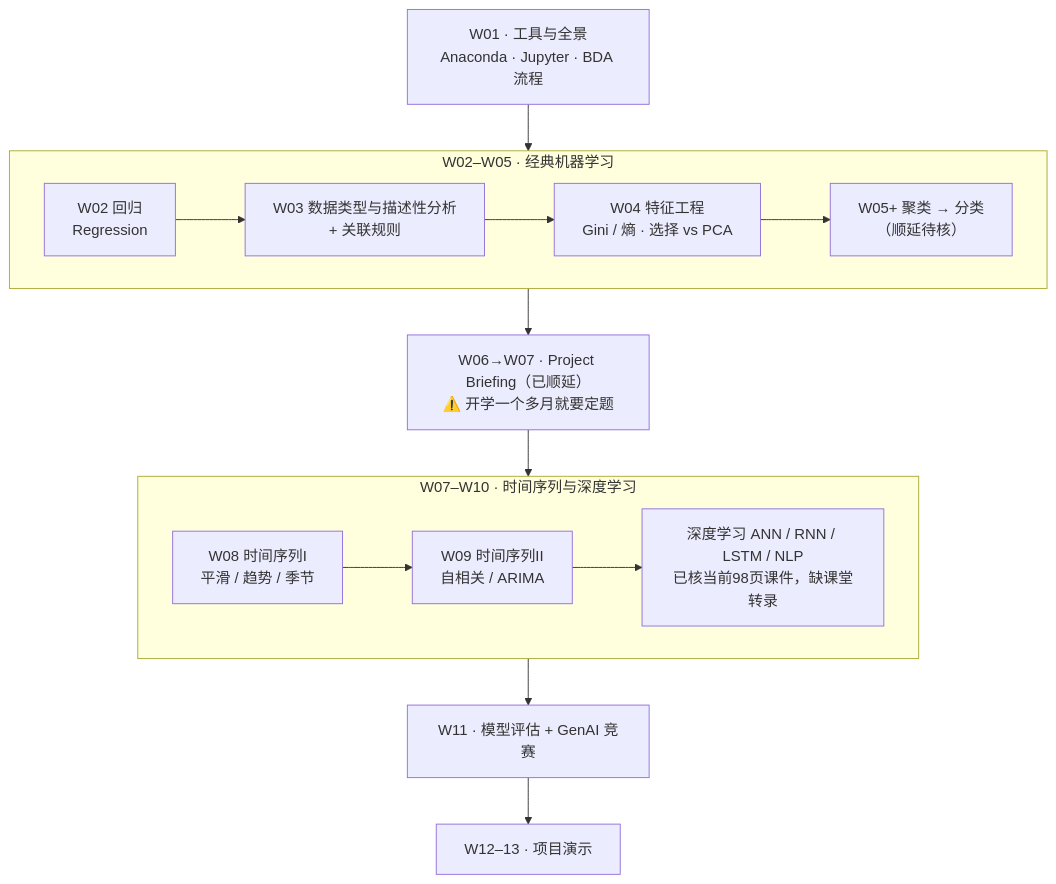
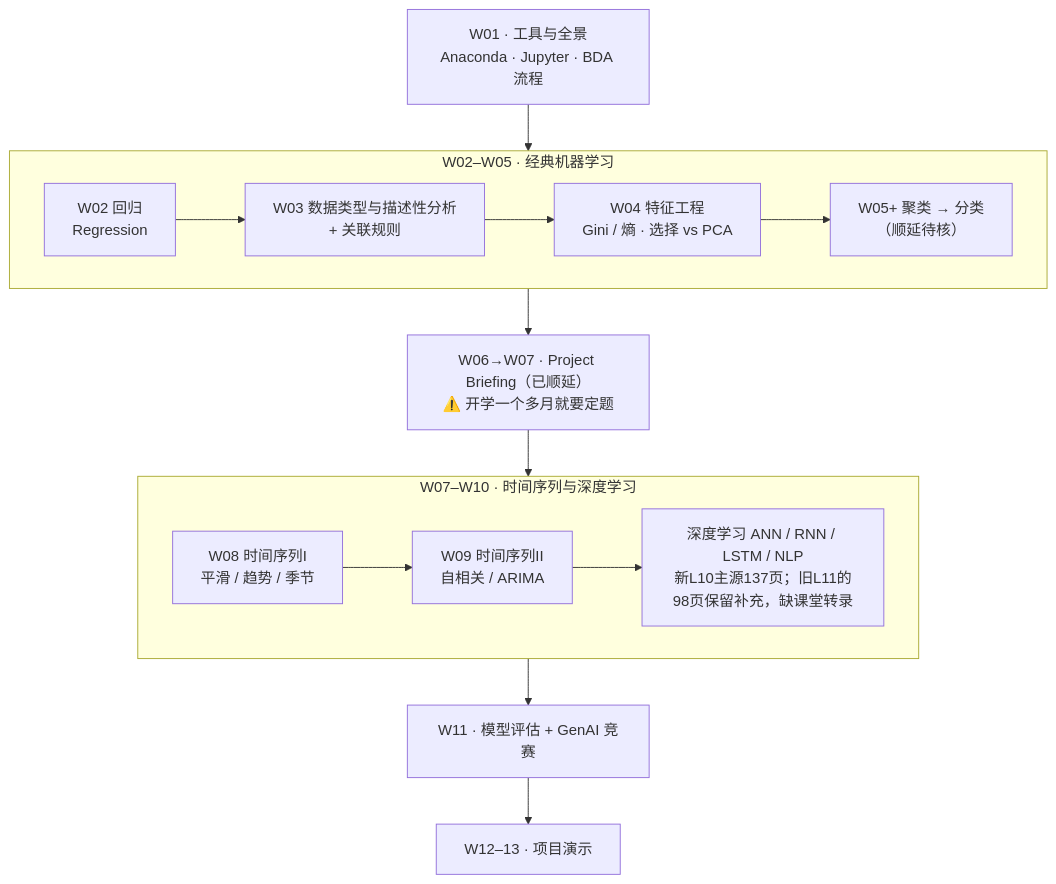
One commit to CercaTrovato/cityu-ai-course-notes changed the second of 3 diagrams in IS6400_Business_Data_Analytics/00-课程总览.md. Above: the diagram before and after it, drawn with Mermaid. The commit also changed other lines of this file and 279 other files, not shown here.

````diff
--- a/IS6400_Business_Data_Analytics/00-课程总览.md
+++ b/IS6400_Business_Data_Analytics/00-课程总览.md
@@ -109,16 +112,16 @@
 ```mermaid
 flowchart TD
     W1["W01 · 工具与全景<br/>Anaconda · Jupyter · BDA 流程"] --> A
     subgraph A["W02–W05 · 经典机器学习"]
         direction LR
         A1["W02 回归<br/>Regression"] --> A2["W03 数据类型与描述性分析<br/>+ 关联规则"] --> A3["W04 特征工程<br/>Gini / 熵 · 选择 vs PCA"] --> A4["W05+ 聚类 → 分类<br/>（顺延待核）"]
     end
     A --> W6["W06→W07 · Project Briefing（已顺延）<br/>⚠️ 开学一个多月就要定题"]
     W6 --> B
     subgraph B["W07–W10 · 时间序列与深度学习"]
         direction LR
-        B1["W08 时间序列I<br/>平滑 / 趋势 / 季节"] --> B2["W09 时间序列II<br/>自相关 / ARIMA"] --> B3["深度学习 ANN / RNN / LSTM / NLP<br/>已核当前98页课件，缺课堂转录"]
+        B1["W08 时间序列I<br/>平滑 / 趋势 / 季节"] --> B2["W09 时间序列II<br/>自相关 / ARIMA"] --> B3["深度学习 ANN / RNN / LSTM / NLP<br/>新L10主源137页；旧L11的98页保留补充，缺课堂转录"]
     end
     B --> W11["W11 · 模型评估 + GenAI 竞赛"]
     W11 --> W12["W12–13 · 项目演示"]
 ```
````
